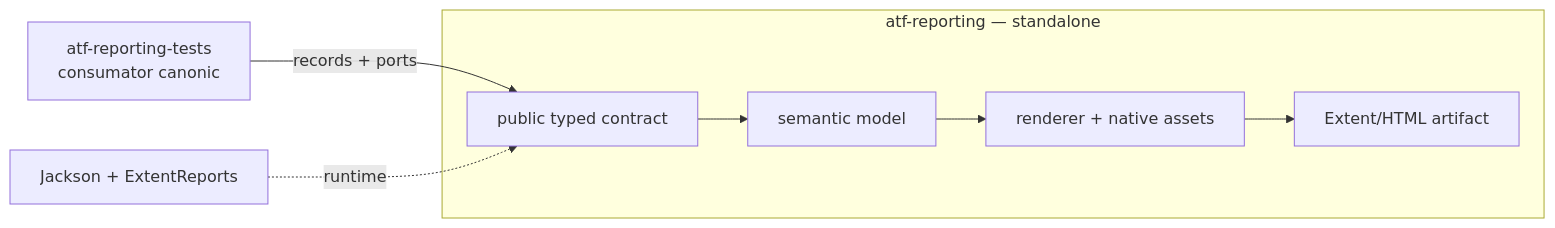
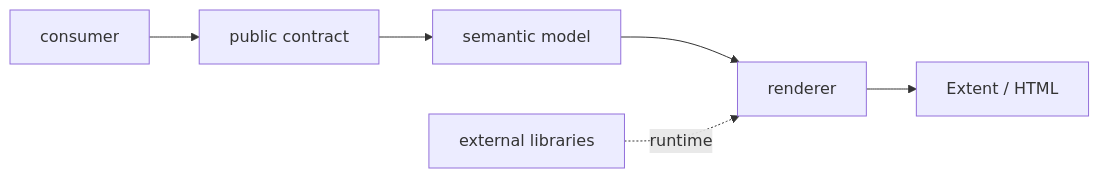
Before and after one commit to crististefanita/demo2: the first of 3 diagrams in atf-reporting/README.md, drawn with Mermaid. The commit also changed other lines of this file and 132 other files, not shown here.

Commit message:
Refine Java ATF reporting assets and Practice Shop validation

````diff
--- a/atf-reporting/README.md
+++ b/atf-reporting/README.md
@@ -26,11 +26,8 @@
 ```mermaid
 flowchart LR
-    Consumer[atf-reporting-tests<br/>consumator canonic]
-    subgraph Library[atf-reporting — standalone]
-        Contract[public typed contract] --> Model[semantic model]
-        Model --> Renderer[renderer + native assets]
-        Renderer --> Artifact[Extent/HTML artifact]
-    end
-    Consumer -->|records + ports| Contract
-    Vendor[Jackson + ExtentReports] -. runtime .-> Contract
+    Consumer[consumer] --> Contract[public contract]
+    Contract --> Model[semantic model]
+    Model --> Renderer[renderer]
+    Renderer --> Artifact[Extent / HTML]
+    Vendor[external libraries] -. runtime .-> Renderer
 ```
````
